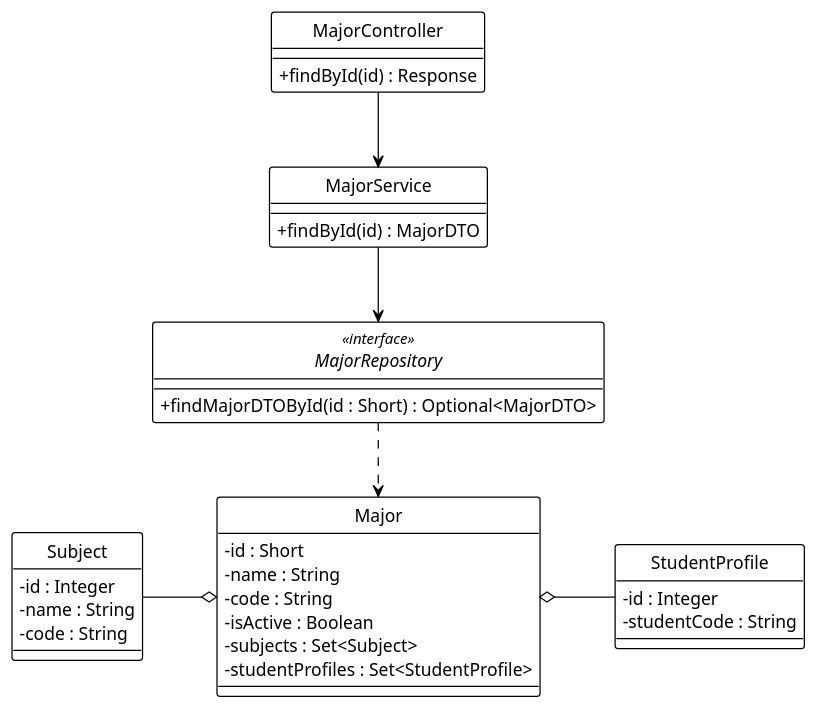
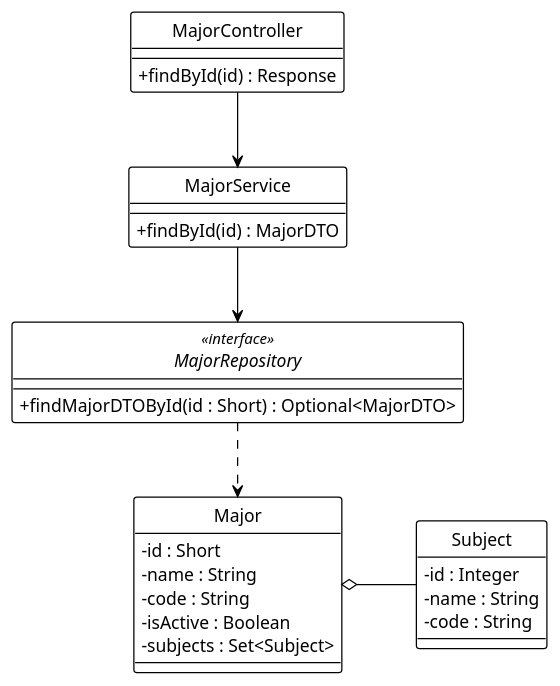
One commit to Ndh474/context changed the diagram in system_detailed_design/15_view_major_details/class_diagram_view_major_details.puml. Above: the diagram before and after it, drawn with PlantUML. The commit also changed 23 other files, not shown here.

```diff
--- a/system_detailed_design/15_view_major_details/class_diagram_view_major_details.puml
+++ b/system_detailed_design/15_view_major_details/class_diagram_view_major_details.puml
@@ -1,58 +1,51 @@
 @startuml view_major_details
 !theme plain
 hide circle
 skinparam classAttributeIconSize 0
 
 ' --- CẤU HÌNH "ORTHO" (BẮT BUỘC) ---
 skinparam linetype ortho
 skinparam nodesep 60
 skinparam ranksep 60
 
 ' --- CONTROLLER ---
 class MajorController {
   + findById(id) : Response
 }
 
 ' --- SERVICE ---
 class MajorService {
   + findById(id) : MajorDTO
 }
 
 ' --- REPOSITORY ---
 interface MajorRepository <<interface>> {
   + findMajorDTOById(id : Short) : Optional<MajorDTO>
 }
 
 ' --- ENTITIES ---
 class Major {
   - id : Short
   - name : String
   - code : String
   - isActive : Boolean
   - subjects : Set<Subject>
-  - studentProfiles : Set<StudentProfile>
 }
 
 class Subject {
   - id : Integer
   - name : String
   - code : String
-}
-
-class StudentProfile {
-  - id : Integer
-  - studentCode : String
 }
 
 ' --- DEPENDENCY INJECTION (Association) ---
 MajorController -down-> MajorService
 MajorService -down-> MajorRepository
 
 ' --- REPOSITORY USAGE (Dependency) ---
 MajorRepository .down.> Major
 
 ' --- ENTITY RELATIONSHIPS (Aggregation) ---
-Major o-left- Subject
-Major o-right- StudentProfile
+Major o-right- Subject
 
 @enduml
```
